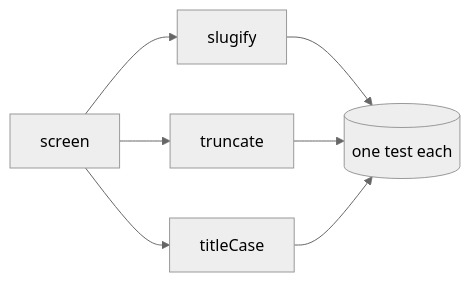
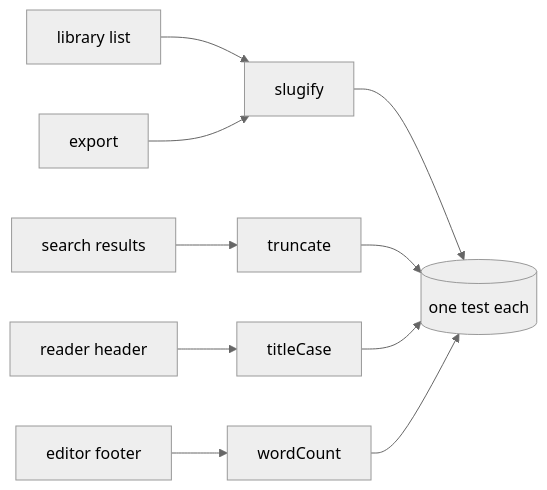
One commit to codeministry/spectant changed the diagram in plugin/tests/fixtures/ab-repo/specs/001-text-helpers/spec.md. Above: the diagram before and after it, drawn with Mermaid (neutral theme). The commit also changed other lines of this file and 6 other files, not shown here.

````diff
--- a/plugin/tests/fixtures/ab-repo/specs/001-text-helpers/spec.md
+++ b/plugin/tests/fixtures/ab-repo/specs/001-text-helpers/spec.md
@@ -34,9 +48,12 @@
 ```mermaid
 flowchart LR
-  A[screen] --> S[slugify]
-  A --> T[truncate]
-  A --> C[titleCase]
+  L[library list] --> S[slugify]
+  E[export] --> S
+  R[reader header] --> C[titleCase]
+  Q[search results] --> T[truncate]
+  F[editor footer] --> W[wordCount]
   S --> X[(one test each)]
   T --> X
   C --> X
+  W --> X
 ```
````
